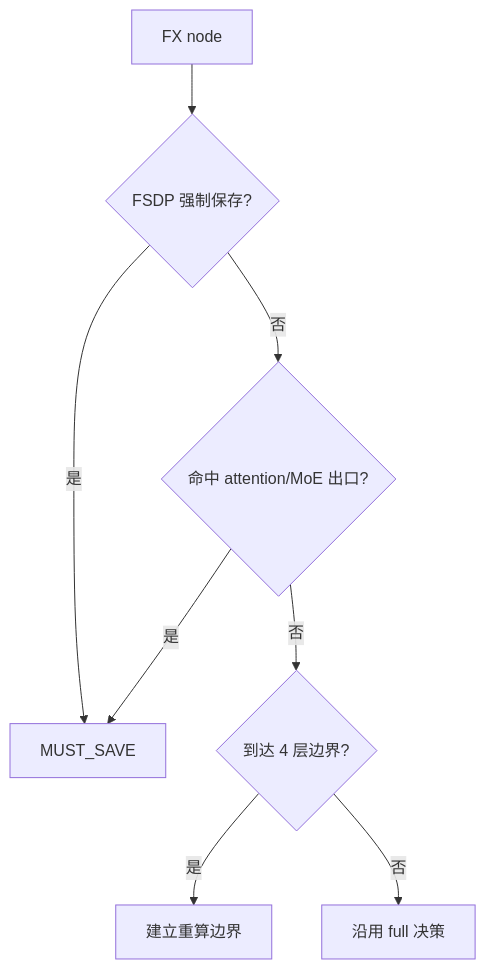
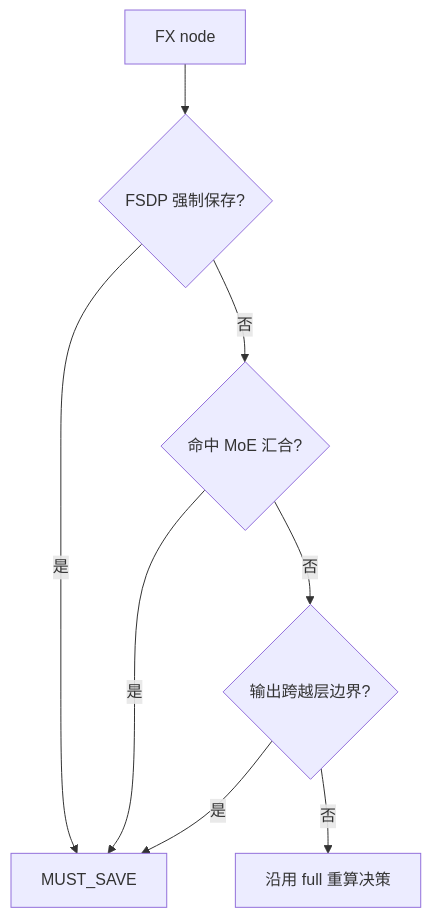
One commit to botcanlearn/torchtitan-npu-upstream changed the second of 2 diagrams in docs/feature_guides/deepseek_v4_graph_trainer_recompute.md. Above: the diagram before and after it, drawn with Mermaid. The commit also changed other lines of this file and 3 other files, not shown here.

First paragraph of the commit message:
[feat] Add DSV4 GraphTrainer SAC memory policy

````diff
--- a/docs/feature_guides/deepseek_v4_graph_trainer_recompute.md
+++ b/docs/feature_guides/deepseek_v4_graph_trainer_recompute.md
@@ -114,10 +119,10 @@
 ```mermaid
 flowchart TD
     A["FX node"] --> B{"FSDP 强制保存?"}
     B -- "是" --> S["MUST_SAVE"]
-    B -- "否" --> C{"命中 attention/MoE 出口?"}
+    B -- "否" --> C{"命中 MoE 汇合?"}
     C -- "是" --> S
-    C -- "否" --> D{"到达 4 层边界?"}
-    D -- "是" --> R["建立重算边界"]
-    D -- "否" --> F["沿用 full 决策"]
+    C -- "否" --> D{"输出跨越层边界?"}
+    D -- "是" --> S
+    D -- "否" --> F["沿用 full 重算决策"]
 ```
````
